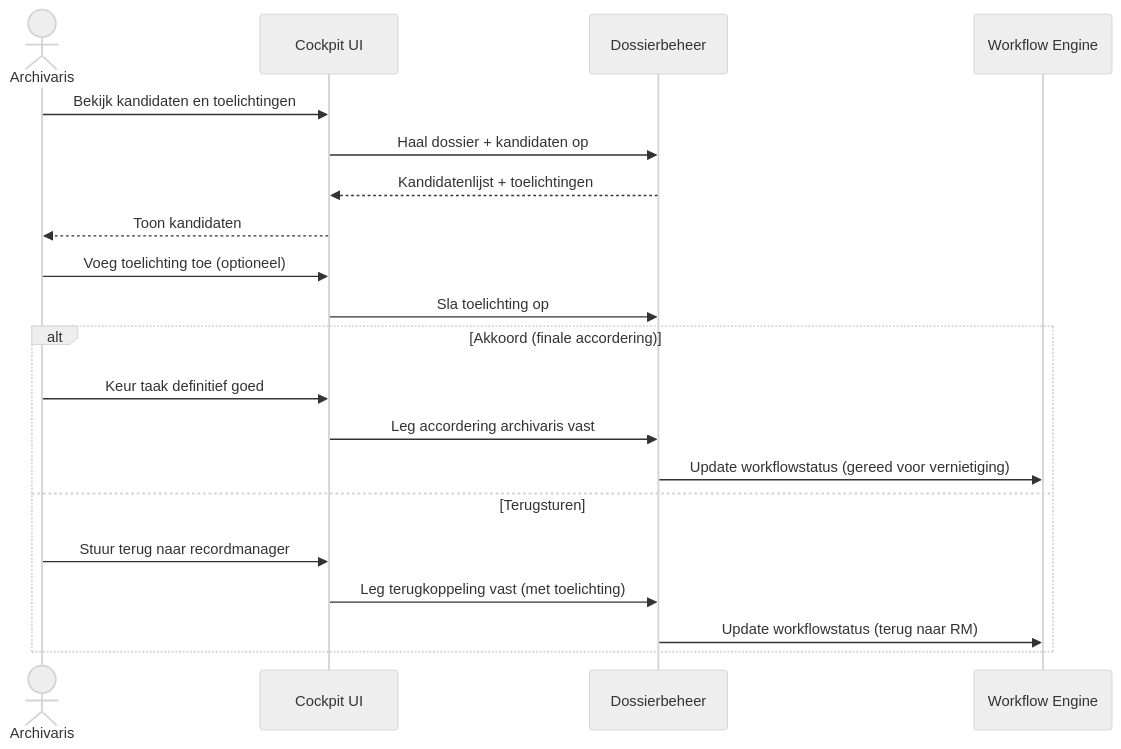
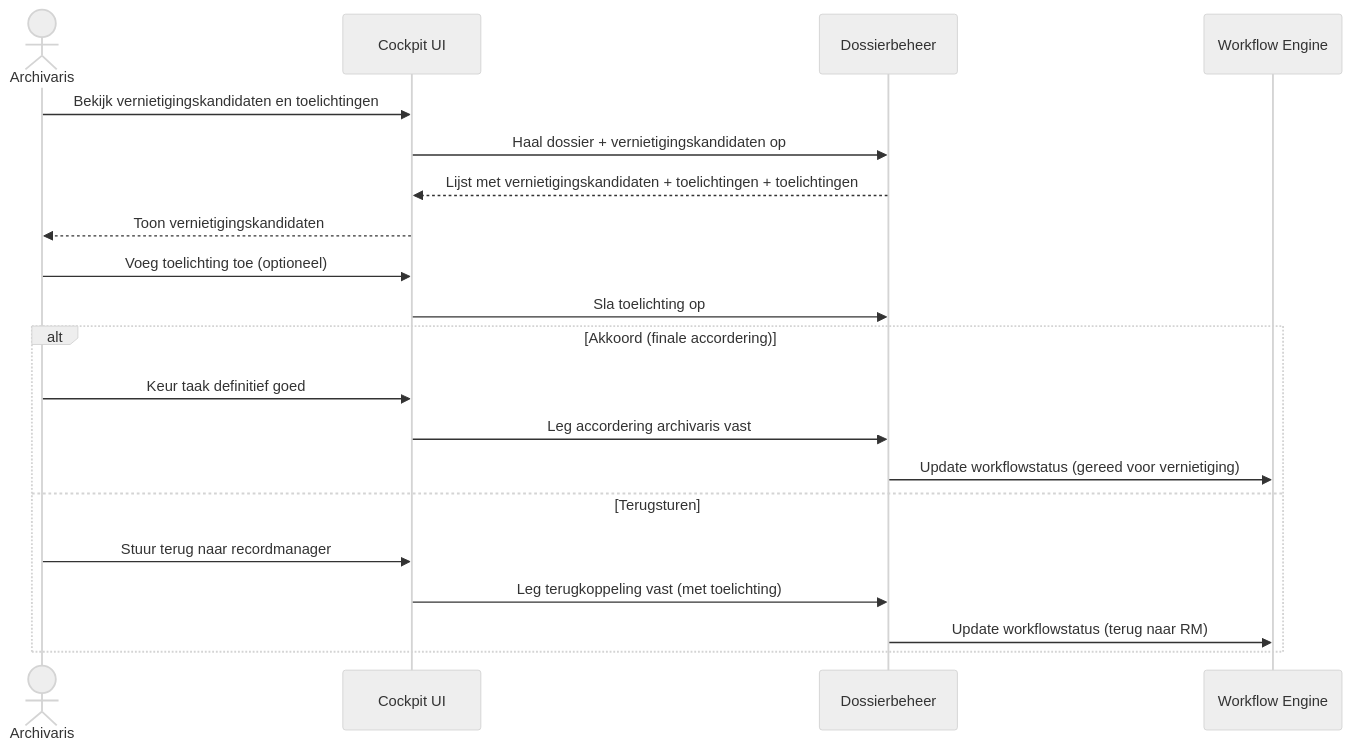
One commit to GemeenteArnhem/Vernietigingscockpit changed the fifth of 11 diagrams in architectuur/sequence-diagrammen.md. Above: the diagram before and after it, drawn with Mermaid (neutral theme). The commit also changed other lines of this file and 4 other files, not shown here.

````diff
--- a/architectuur/sequence-diagrammen.md
+++ b/architectuur/sequence-diagrammen.md
@@ -125,25 +136,25 @@
 ```mermaid
 sequenceDiagram
     actor AR as Archivaris
     participant UI as Cockpit UI
     participant D as Dossierbeheer
     participant WF as Workflow Engine
 
-    AR ->> UI: Bekijk kandidaten en toelichtingen
-    UI ->> D: Haal dossier + kandidaten op
-    D -->> UI: Kandidatenlijst + toelichtingen
-    UI -->> AR: Toon kandidaten
+    AR ->> UI: Bekijk vernietigingskandidaten en toelichtingen
+    UI ->> D: Haal dossier + vernietigingskandidaten op
+    D -->> UI: Lijst met vernietigingskandidaten + toelichtingen + toelichtingen
+    UI -->> AR: Toon vernietigingskandidaten
 
     AR ->> UI: Voeg toelichting toe (optioneel)
     UI ->> D: Sla toelichting op
 
     alt Akkoord (finale accordering)
         AR ->> UI: Keur taak definitief goed
         UI ->> D: Leg accordering archivaris vast
         D ->> WF: Update workflowstatus (gereed voor vernietiging)
     else Terugsturen
         AR ->> UI: Stuur terug naar recordmanager
         UI ->> D: Leg terugkoppeling vast (met toelichting)
         D ->> WF: Update workflowstatus (terug naar RM)
     end
 ```
````
